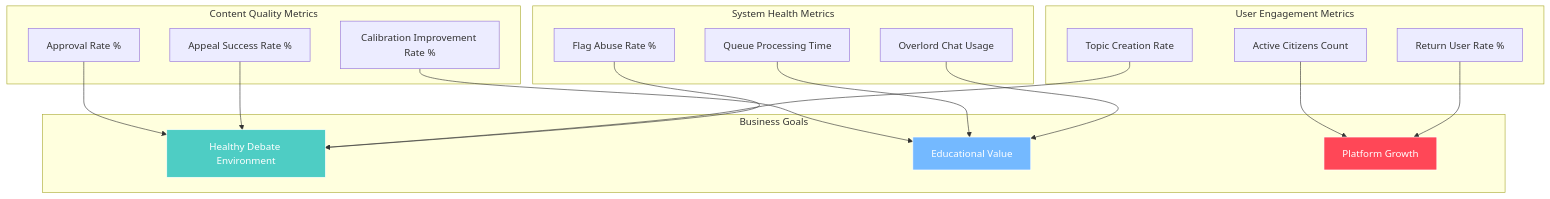
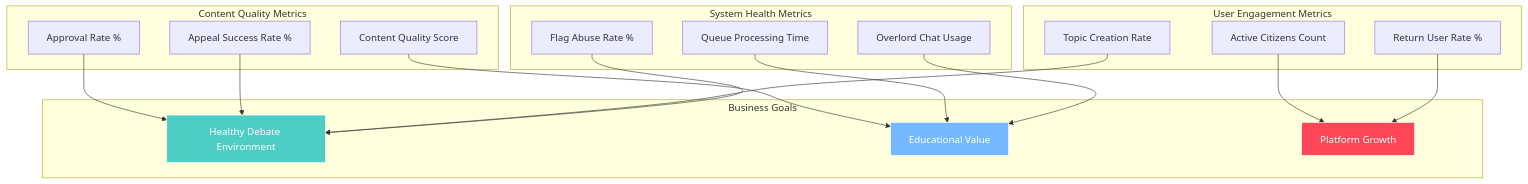
Before and after one commit to joshSzep/therobotoverlord-mono: the second of 2 diagrams in docs/business-requirements/19-success-delivery.md, drawn with Mermaid. The commit also changed other lines of this file and 2 other files, not shown here.

First line of the commit message:
Remove final references to 'calibration' in business requirements

````diff
--- a/docs/business-requirements/19-success-delivery.md
+++ b/docs/business-requirements/19-success-delivery.md
@@ -33,40 +33,40 @@
 ```mermaid
 graph TD
     subgraph "Content Quality Metrics"
         A[Approval Rate %]
         B[Appeal Success Rate %]
-        C[Calibration Improvement Rate %]
+        C[Content Quality Score]
     end
     
     subgraph "User Engagement Metrics"
         D[Active Citizens Count]
         E[Return User Rate %]
         F[Topic Creation Rate]
     end
     
     subgraph "System Health Metrics"
         G[Queue Processing Time]
         H[Overlord Chat Usage]
         I[Flag Abuse Rate %]
     end
     
     subgraph "Business Goals"
         J[Healthy Debate Environment]
         K[Educational Value]
         L[Platform Growth]
     end
     
     A --> J
     B --> J
     C --> K
     D --> L
     E --> L
     F --> J
     G --> K
     H --> K
     I --> J
     
     style J fill:#4ecdc4,stroke:#fff,color:#fff
     style K fill:#74b9ff,stroke:#fff,color:#fff
     style L fill:#ff4757,stroke:#fff,color:#fff
 ```
````
